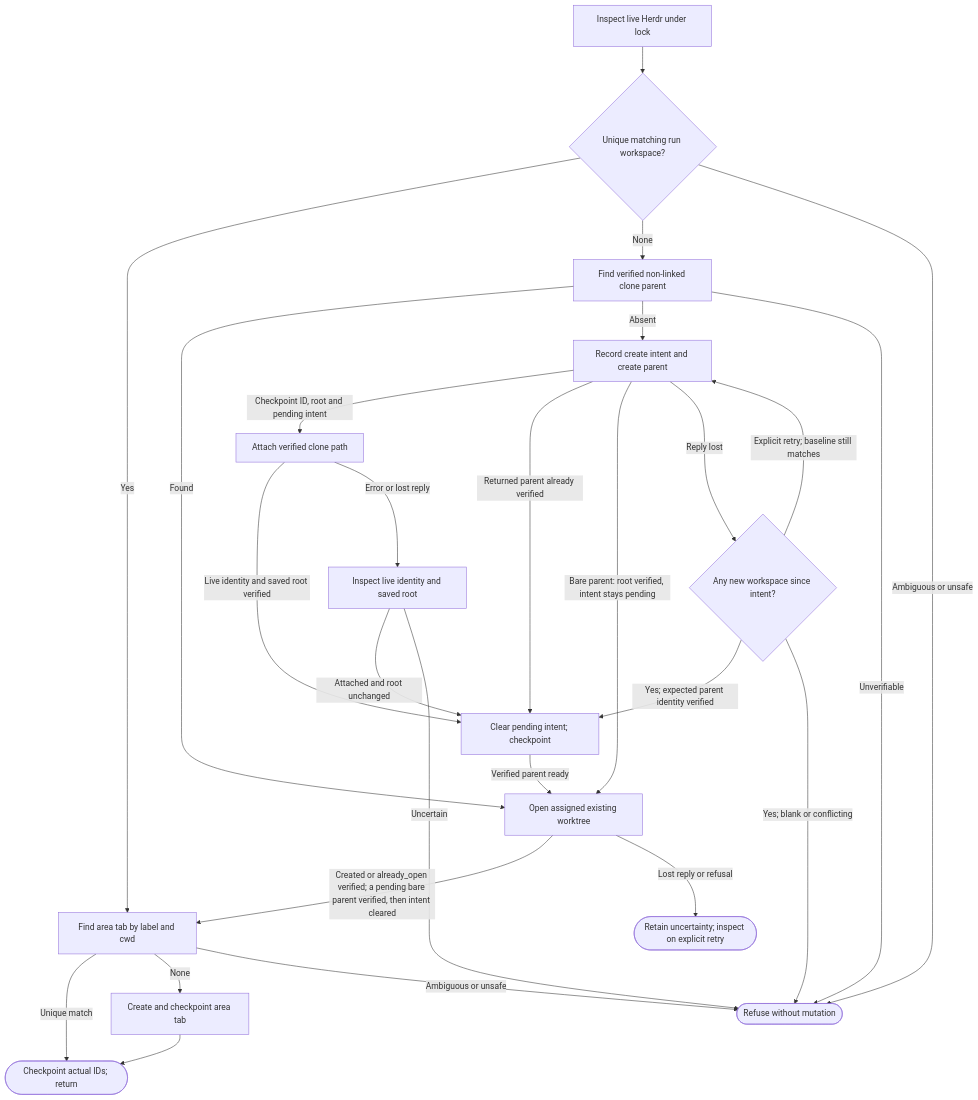
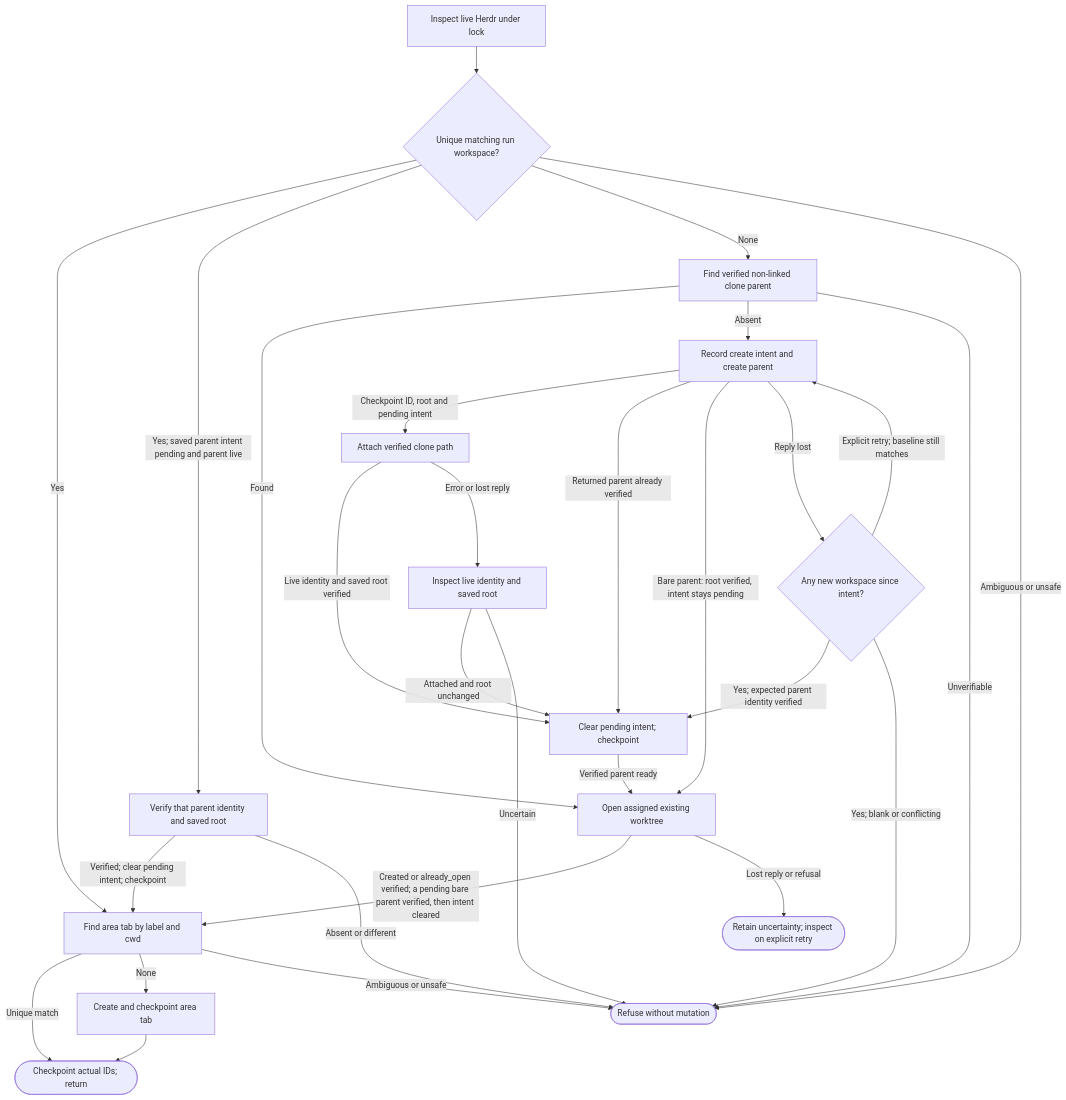
Before and after one commit to promptdriven/pdd: the diagram in prompts/cli/workflow-herdr-layout.prompt.md, drawn with Mermaid. The commit also changed other lines of this file and 3 other files, not shown here.

First line of the commit message:
Check a pending bare Herdr parent again on every open (#2698)

````diff
--- a/prompts/cli/workflow-herdr-layout.prompt.md
+++ b/prompts/cli/workflow-herdr-layout.prompt.md
@@ -13,28 +13,31 @@
 ```mermaid
 flowchart TD
     I[Inspect live Herdr under lock] --> R{Unique matching run workspace?}
     R -->|Yes| T[Find area tab by label and cwd]
+    R -->|Yes; saved parent intent pending and parent live| Q[Verify that parent identity and saved root]
+    Q -->|Verified; clear pending intent; checkpoint| T
+    Q -->|Absent or different| F
     R -->|None| P[Find verified non-linked clone parent]
     R -->|Ambiguous or unsafe| F([Refuse without mutation])
     P -->|Found| O[Open assigned existing worktree]
     P -->|Absent| C[Record create intent and create parent]
     P -->|Unverifiable| F
     C -->|Checkpoint ID, root and pending intent| A1[Attach verified clone path]
     C -->|Returned parent already verified| AC
     C -->|Bare parent: root verified, intent stays pending| O
     A1 -->|Live identity and saved root verified| AC[Clear pending intent; checkpoint]
     AC -->|Verified parent ready| O
     A1 -->|Error or lost reply| V[Inspect live identity and saved root]
     V -->|Attached and root unchanged| AC
     V -->|Uncertain| F
     C -->|Reply lost| Z{Any new workspace since intent?}
     Z -->|Explicit retry; baseline still matches| C
     Z -->|Yes; expected parent identity verified| AC
     Z -->|Yes; blank or conflicting| F
     O -->|Created or already_open verified; a pending bare parent verified, then intent cleared| T
     O -->|Lost reply or refusal| U([Retain uncertainty; inspect on explicit retry])
     T -->|Unique match| A([Checkpoint actual IDs; return])
     T -->|None| N[Create and checkpoint area tab]
     T -->|Ambiguous or unsafe| F
     N --> A
 ```
````
